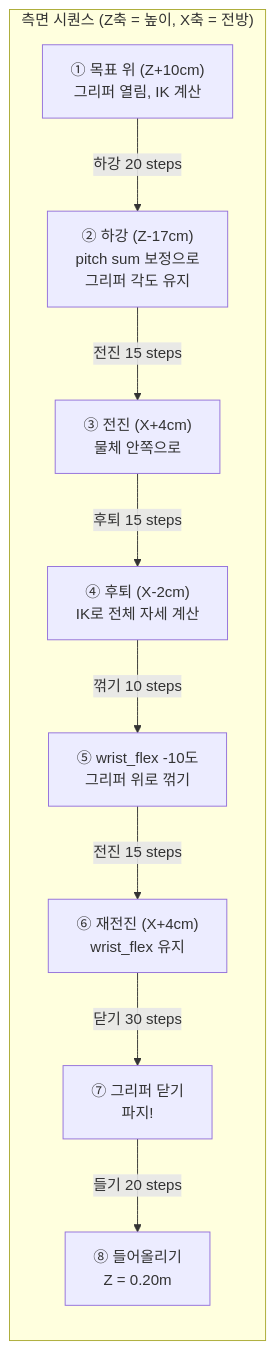
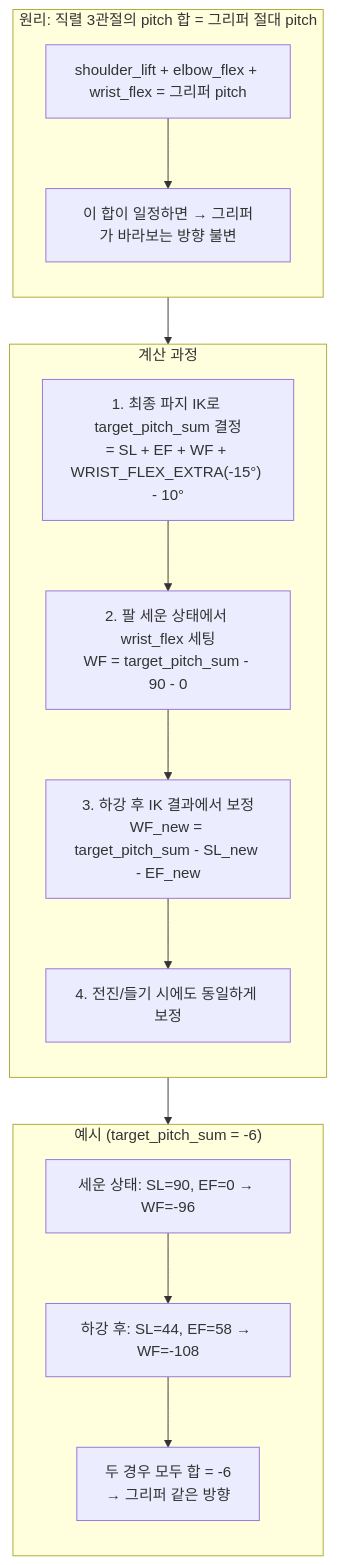
One commit to ChanYeongKo/SO-ARM101 changed the sixth of 7 diagrams in project/project2.md. Above: the diagram before and after it, drawn with Mermaid. The commit also changed other lines of this file, not shown here.

````diff
--- a/project/project2.md
+++ b/project/project2.md
@@ -245,14 +319,27 @@
 ```mermaid
 flowchart TD
-    subgraph SIDE_VIEW ["측면 시퀀스 (Z축 = 높이, X축 = 전방)"]
+    subgraph PRINCIPLE ["원리: 직렬 3관절의 pitch 합 = 그리퍼 절대 pitch"]
         direction TB
-        S1["① 목표 위 (Z+10cm)<br/>그리퍼 열림, IK 계산"]
-        S1 -->|"하강 20 steps"| S2["② 하강 (Z-17cm)<br/>pitch sum 보정으로<br/>그리퍼 각도 유지"]
-        S2 -->|"전진 15 steps"| S3["③ 전진 (X+4cm)<br/>물체 안쪽으로"]
-        S3 -->|"후퇴 15 steps"| S4["④ 후퇴 (X-2cm)<br/>IK로 전체 자세 계산"]
-        S4 -->|"꺾기 10 steps"| S5["⑤ wrist_flex -10도<br/>그리퍼 위로 꺾기"]
-        S5 -->|"전진 15 steps"| S6["⑥ 재전진 (X+4cm)<br/>wrist_flex 유지"]
-        S6 -->|"닫기 30 steps"| S7["⑦ 그리퍼 닫기<br/>파지!"]
-        S7 -->|"들기 20 steps"| S8["⑧ 들어올리기<br/>Z = 0.20m"]
+        PR1["shoulder_lift + elbow_flex + wrist_flex = 그리퍼 pitch"]
+        PR1 --> PR2["이 합이 일정하면 → 그리퍼가 바라보는 방향 불변"]
+    end
+
+    PRINCIPLE --> CALC
+
+    subgraph CALC ["계산 과정"]
+        direction TB
+        CA1["1. 최종 파지 IK로 target_pitch_sum 결정<br/>= SL + EF + WF + WRIST_FLEX_EXTRA(-15°) - 10°"]
+        CA1 --> CA2["2. 팔 세운 상태에서 wrist_flex 세팅<br/>WF = target_pitch_sum - 90 - 0"]
+        CA2 --> CA3["3. 하강 후 IK 결과에서 보정<br/>WF_new = target_pitch_sum - SL_new - EF_new"]
+        CA3 --> CA4["4. 전진/들기 시에도 동일하게 보정"]
+    end
+
+    CALC --> EXAMPLE
+
+    subgraph EXAMPLE ["예시 (target_pitch_sum = -6)"]
+        direction TB
+        EX1["세운 상태: SL=90, EF=0 → WF=-96"]
+        EX1 --> EX2["하강 후: SL=44, EF=58 → WF=-108"]
+        EX2 --> EX3["두 경우 모두 합 = -6<br/>→ 그리퍼 같은 방향"]
     end
 ```
````
